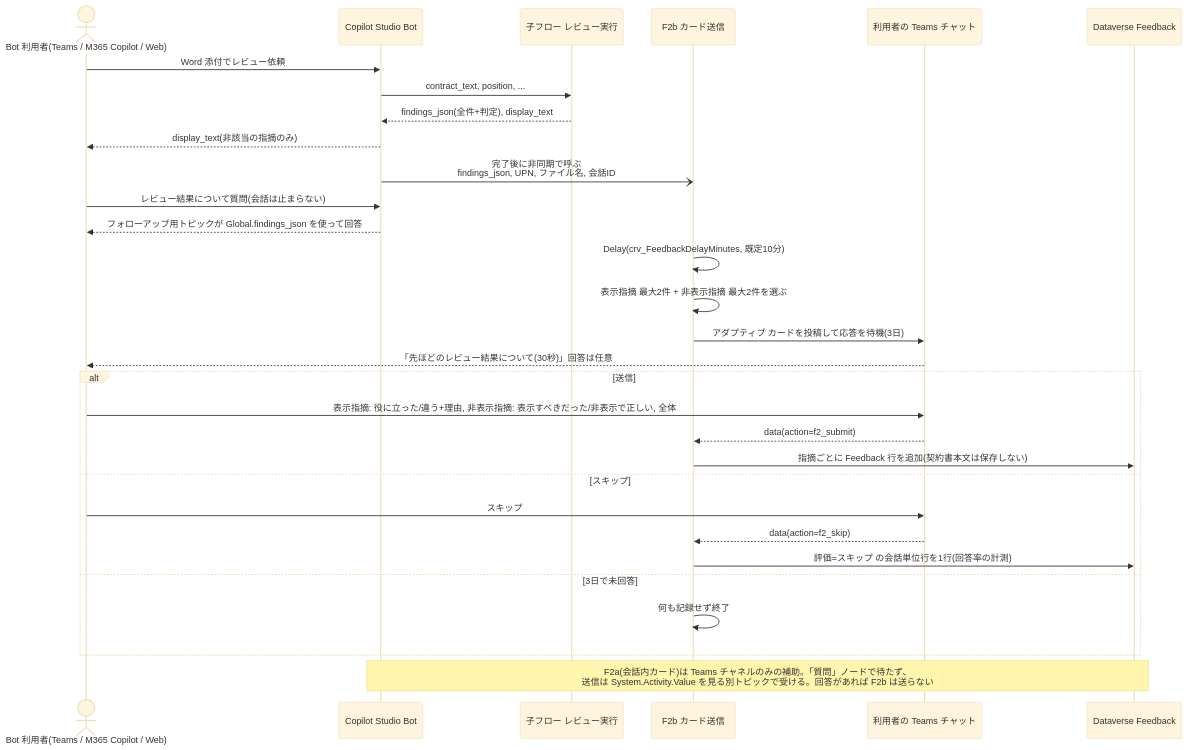
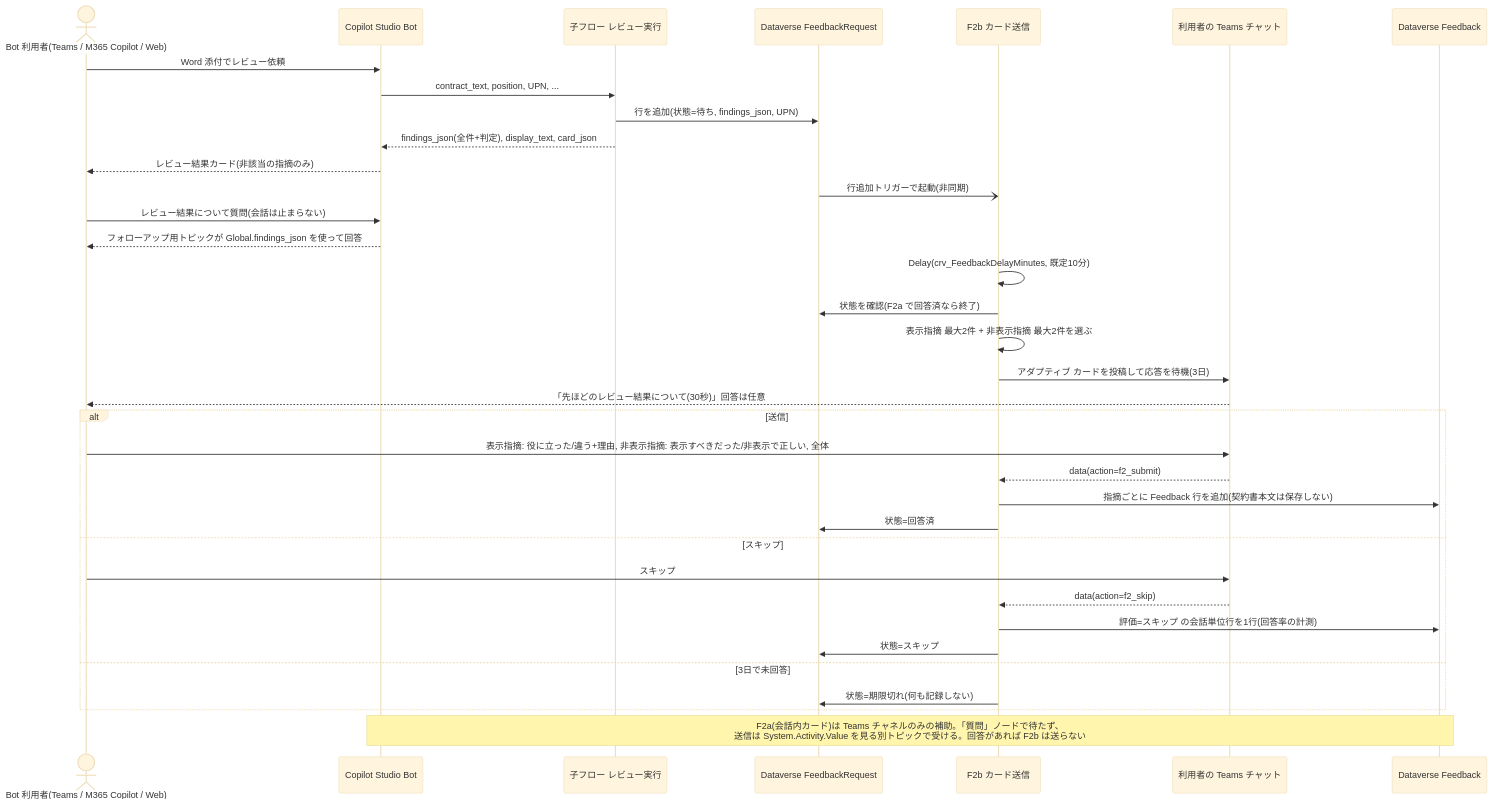
Before and after one commit to goro012/claude_code_test: the seventh of 14 diagrams in docs/09-diagrams.md, drawn with Mermaid (base theme). The commit also changed other lines of this file and 8 other files, not shown here.

````diff
--- a/docs/09-diagrams.md
+++ b/docs/09-diagrams.md
@@ -276,33 +285,38 @@
 ```mermaid
 sequenceDiagram
     actor U as Bot 利用者(Teams / M365 Copilot / Web)
     participant B as Copilot Studio Bot
     participant CF as 子フロー レビュー実行
+    participant FR as Dataverse FeedbackRequest
     participant F2 as F2b カード送信
     participant T as 利用者の Teams チャット
     participant DV as Dataverse Feedback
 
     U->>B: Word 添付でレビュー依頼
-    B->>CF: contract_text, position, ...
-    CF-->>B: findings_json(全件+判定), display_text
-    B-->>U: display_text(非該当の指摘のみ)
-    B-)F2: 完了後に非同期で呼ぶ<br/>findings_json, UPN, ファイル名, 会話ID
+    B->>CF: contract_text, position, UPN, ...
+    CF->>FR: 行を追加(状態=待ち, findings_json, UPN)
+    CF-->>B: findings_json(全件+判定), display_text, card_json
+    B-->>U: レビュー結果カード(非該当の指摘のみ)
+    FR-)F2: 行追加トリガーで起動(非同期)
     U->>B: レビュー結果について質問(会話は止まらない)
     B-->>U: フォローアップ用トピックが Global.findings_json を使って回答
     F2->>F2: Delay(crv_FeedbackDelayMinutes, 既定10分)
+    F2->>FR: 状態を確認(F2a で回答済なら終了)
     F2->>F2: 表示指摘 最大2件 + 非表示指摘 最大2件を選ぶ
     F2->>T: アダプティブ カードを投稿して応答を待機(3日)
     T-->>U: 「先ほどのレビュー結果について(30秒)」回答は任意
     alt 送信
         U->>T: 表示指摘: 役に立った/違う+理由, 非表示指摘: 表示すべきだった/非表示で正しい, 全体
         T-->>F2: data(action=f2_submit)
         F2->>DV: 指摘ごとに Feedback 行を追加(契約書本文は保存しない)
+        F2->>FR: 状態=回答済
     else スキップ
         U->>T: スキップ
         T-->>F2: data(action=f2_skip)
         F2->>DV: 評価=スキップ の会話単位行を1行(回答率の計測)
+        F2->>FR: 状態=スキップ
     else 3日で未回答
-        F2->>F2: 何も記録せず終了
+        F2->>FR: 状態=期限切れ(何も記録しない)
     end
     Note over B,DV: F2a(会話内カード)は Teams チャネルのみの補助。「質問」ノードで待たず、<br/>送信は System.Activity.Value を見る別トピックで受ける。回答があれば F2b は送らない
 ```
````
